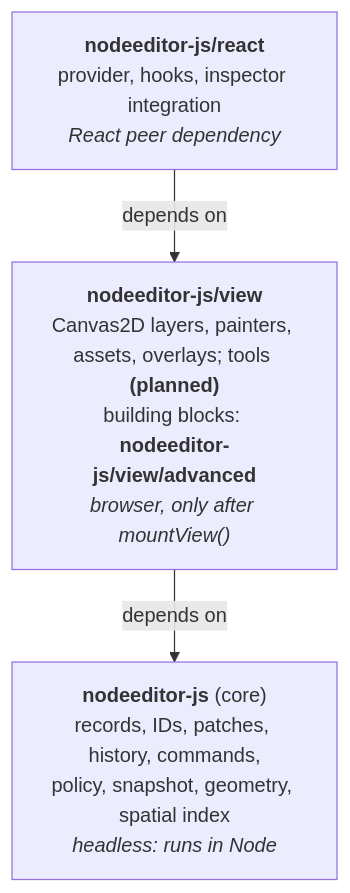
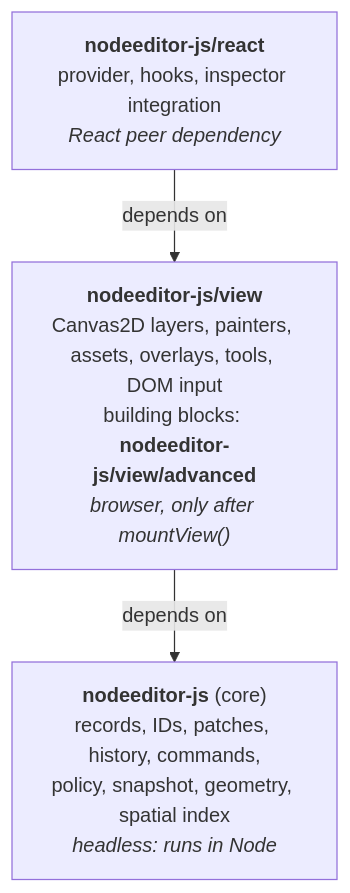
The first of 5 diagrams in docs/architecture.md (paceholder/nodeeditor-js), drawn with Mermaid before and after one commit. The commit also changed other lines of this file and 2 other files, not shown here.

Commit message:
Document interaction tools, gestures and keymap

````diff
--- a/docs/architecture.md
+++ b/docs/architecture.md
@@ -13,8 +13,8 @@
 ```mermaid
 flowchart TB
   react["<b>nodeeditor-js/react</b><br/>provider, hooks, inspector integration<br/><i>React peer dependency</i>"]
-  view["<b>nodeeditor-js/view</b><br/>Canvas2D layers, painters, assets, overlays; tools <b>(planned)</b><br/>building blocks: <b>nodeeditor-js/view/advanced</b><br/><i>browser, only after mountView()</i>"]
+  view["<b>nodeeditor-js/view</b><br/>Canvas2D layers, painters, assets, overlays, tools, DOM input<br/>building blocks: <b>nodeeditor-js/view/advanced</b><br/><i>browser, only after mountView()</i>"]
   core["<b>nodeeditor-js</b> (core)<br/>records, IDs, patches, history, commands,<br/>policy, snapshot, geometry, spatial index<br/><i>headless: runs in Node</i>"]
   react -- depends on --> view
   view -- depends on --> core
 ```
````
